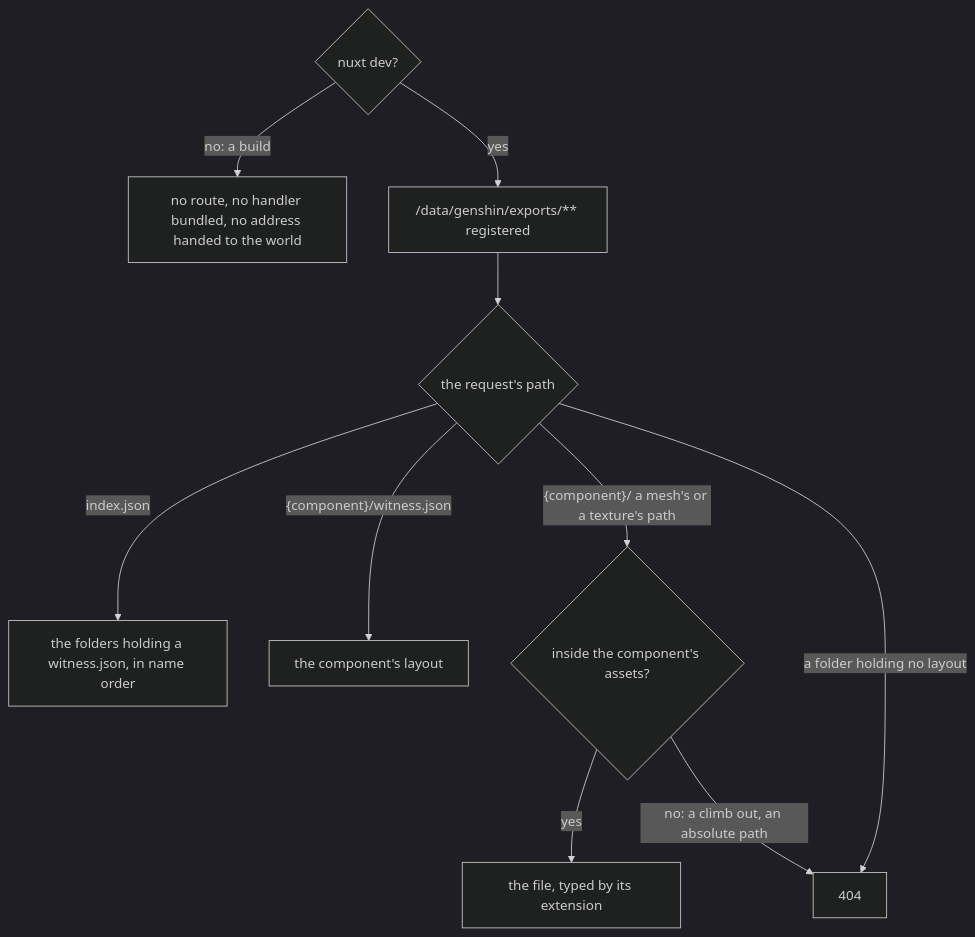
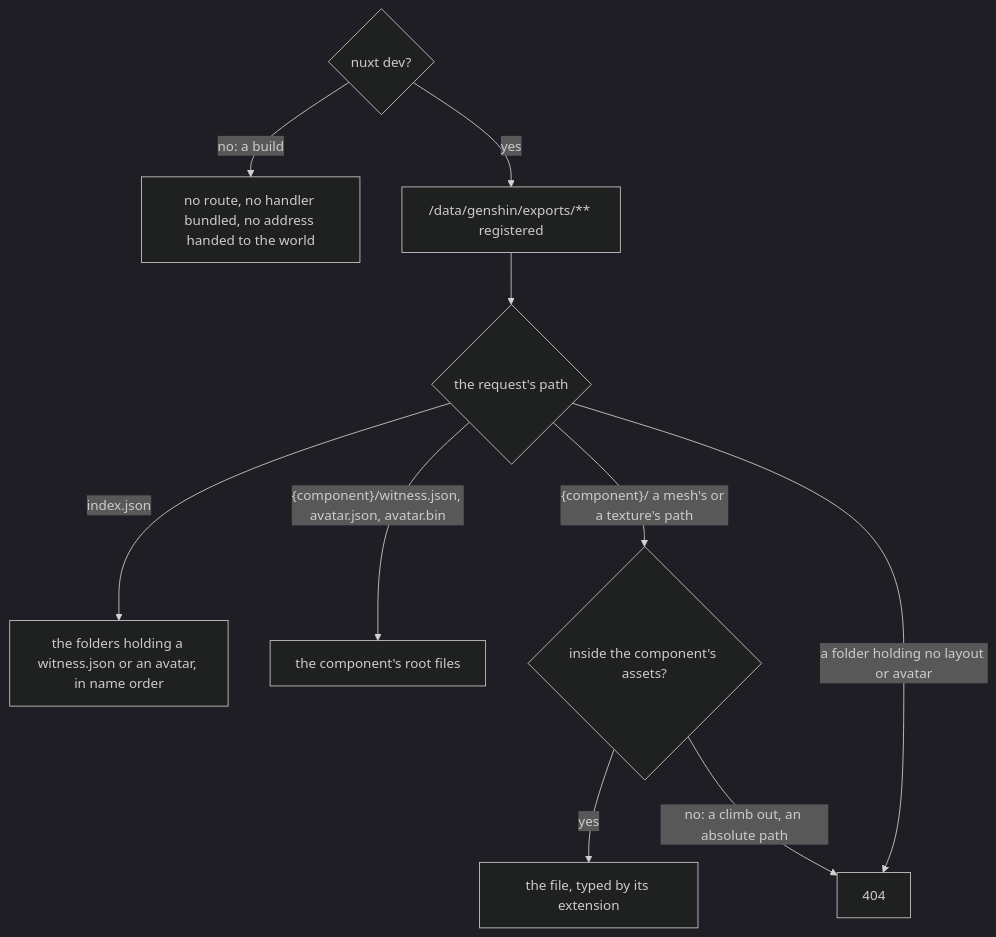
The first of 2 diagrams in openspec/specs/genshin/derived-assets/development-exports/design.md (Esposter/Esposter), drawn with Mermaid (dark theme) before and after one commit. The commit also changed other lines of this file and 10 other files, not shown here.

````diff
--- a/openspec/specs/genshin/derived-assets/development-exports/design.md
+++ b/openspec/specs/genshin/derived-assets/development-exports/design.md
@@ -11,12 +11,12 @@
 ```mermaid
 flowchart TD
   DEV{"nuxt dev?"} -->|"no: a build"| ABSENT["no route, no handler bundled, no address handed to the world"]
   DEV -->|yes| ROUTE["/data/genshin/exports/** registered"]
   ROUTE --> PATH{"the request's path"}
-  PATH -->|"index.json"| IDS["the folders holding a witness.json, in name order"]
-  PATH -->|"{component}/witness.json"| LAYOUT["the component's layout"]
+  PATH -->|"index.json"| IDS["the folders holding a witness.json or an avatar, in name order"]
+  PATH -->|"{component}/witness.json, avatar.json, avatar.bin"| LAYOUT["the component's root files"]
   PATH -->|"{component}/ a mesh's or a texture's path"| ASSET{"inside the component's assets?"}
   ASSET -->|yes| FILE["the file, typed by its extension"]
   ASSET -->|"no: a climb out, an absolute path"| MISSING["404"]
-  PATH -->|"a folder holding no layout"| MISSING
+  PATH -->|"a folder holding no layout or avatar"| MISSING
 ```
````
